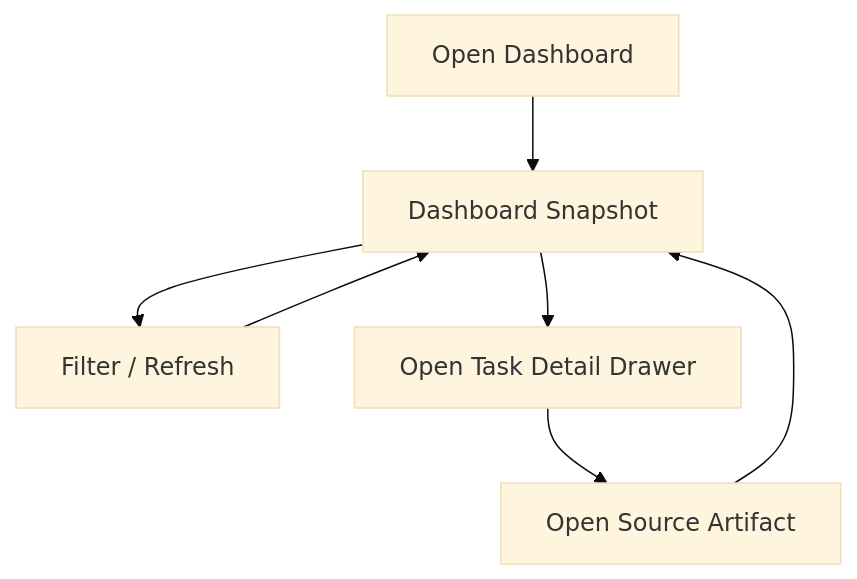
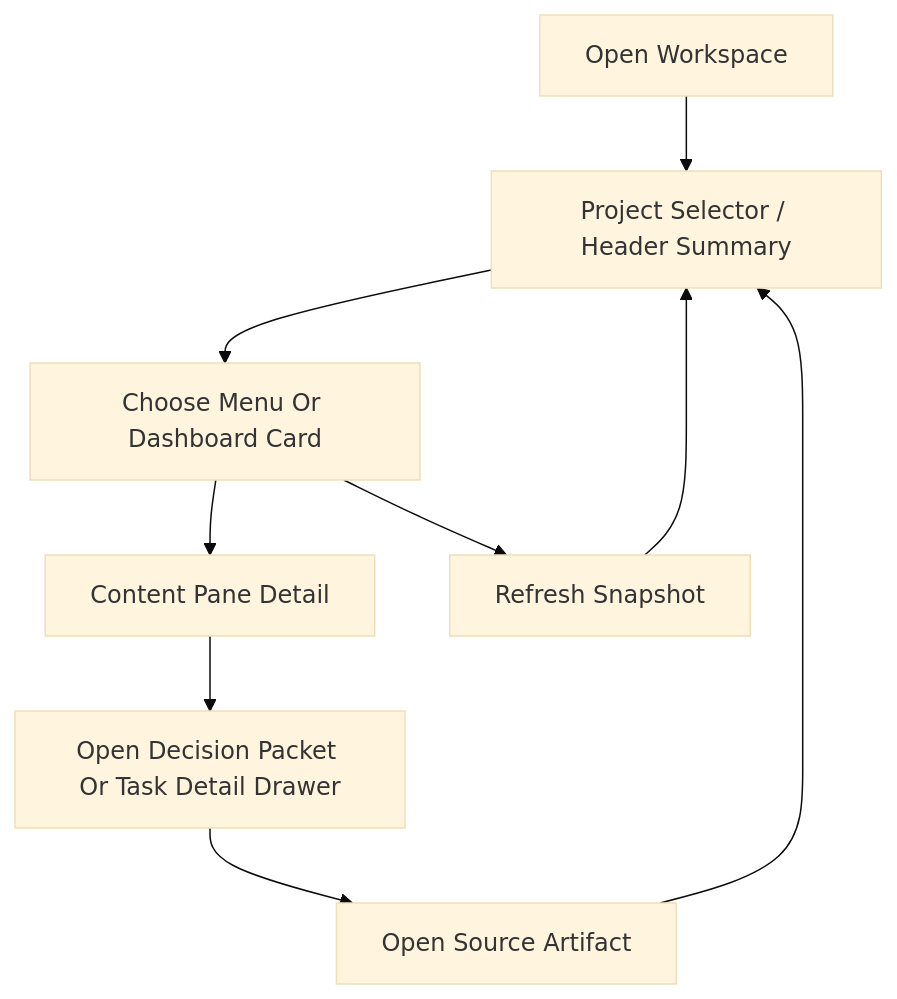
Before and after one commit to Heeyoung-Ahn/repo_harness_template: the diagram in .agents/artifacts/UI_DESIGN.md, drawn with Mermaid (base theme). The commit also changed other lines of this file and 33 other files, not shown here.

````diff
--- a/.agents/artifacts/UI_DESIGN.md
+++ b/.agents/artifacts/UI_DESIGN.md
@@ -49,9 +55,11 @@
 ```mermaid
 flowchart TD
-    A["Open Dashboard"] --> B["Dashboard Snapshot"]
-    B --> C["Filter / Refresh"]
-    B --> D["Open Task Detail Drawer"]
-    D --> E["Open Source Artifact"]
-    C --> B
-    E --> B
+    A["Open Workspace"] --> B["Project Selector / Header Summary"]
+    B --> C["Choose Menu Or Dashboard Card"]
+    C --> D["Content Pane Detail"]
+    D --> E["Open Decision Packet Or Task Detail Drawer"]
+    E --> F["Open Source Artifact"]
+    C --> G["Refresh Snapshot"]
+    G --> B
+    F --> B
 ```
````
